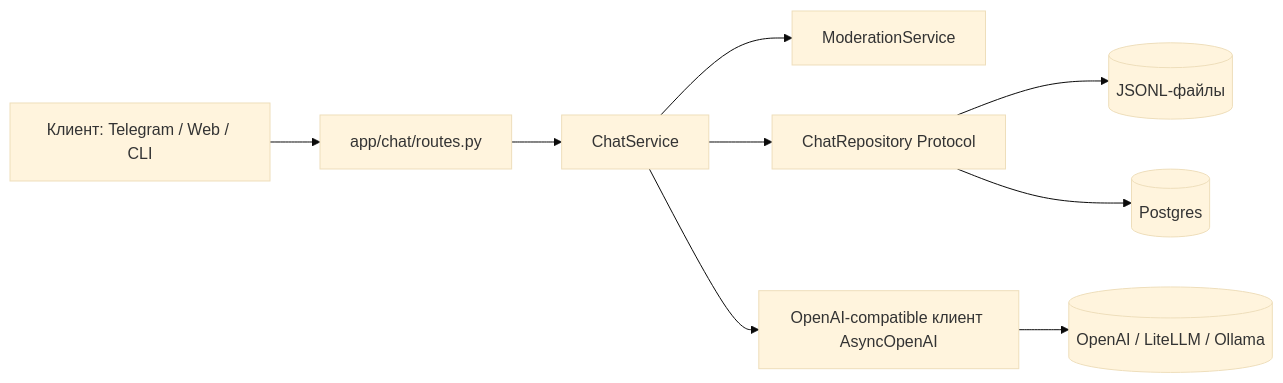
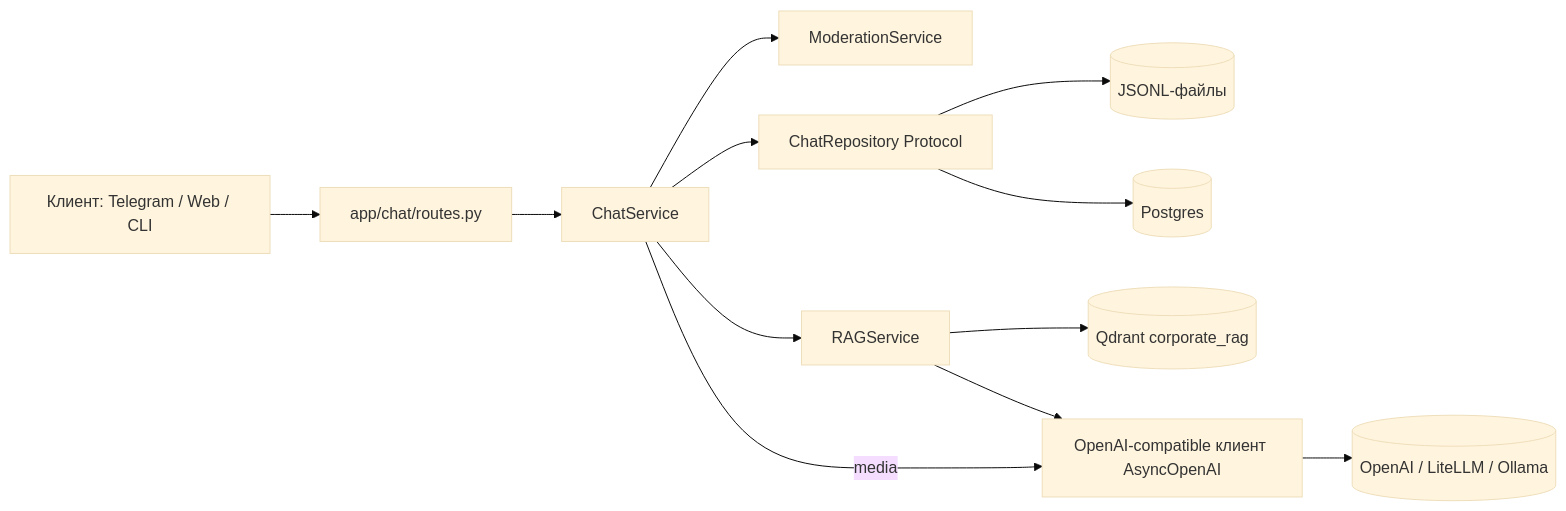
One commit to Frolls/Review_assistant changed the diagram in docs/chat.md. Above: the diagram before and after it, drawn with Mermaid (base theme). The commit also changed other lines of this file and 6 other files, not shown here.

````diff
--- a/docs/chat.md
+++ b/docs/chat.md
@@ -5,21 +5,26 @@
 ```mermaid
 flowchart LR
     Client[Клиент: Telegram / Web / CLI]
     Routes[app/chat/routes.py]
     Service[ChatService]
     Moderation[ModerationService]
+    RAG[RAGService]
+    Qdrant[(Qdrant corporate_rag)]
     Repo[ChatRepository Protocol]
     Json[(JSONL-файлы)]
     Postgres[(Postgres)]
     LLM[OpenAI-compatible клиент AsyncOpenAI]
     OpenAI[(OpenAI / LiteLLM / Ollama)]
 
     Client --> Routes
     Routes --> Service
     Service --> Moderation
     Service --> Repo
-    Service --> LLM
+    Service --> RAG
+    Service -->|"media"| LLM
+    RAG --> Qdrant
+    RAG --> LLM
     Repo --> Json
     Repo --> Postgres
     LLM --> OpenAI
 ```
````
